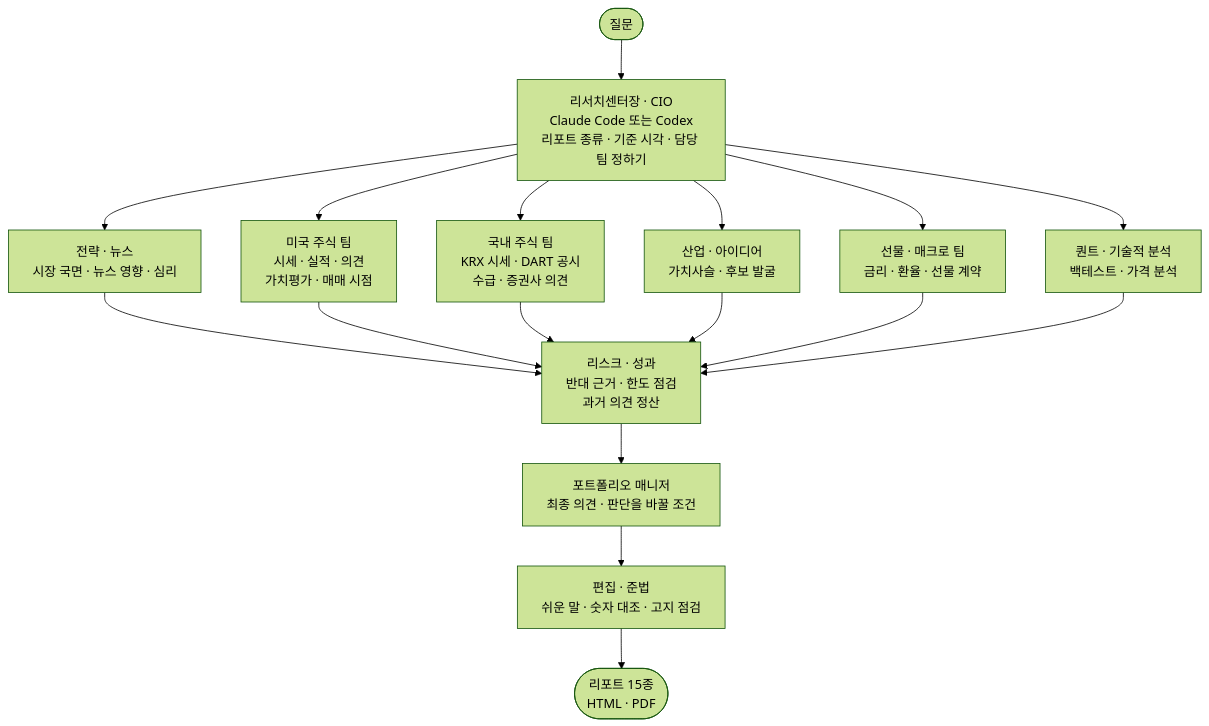
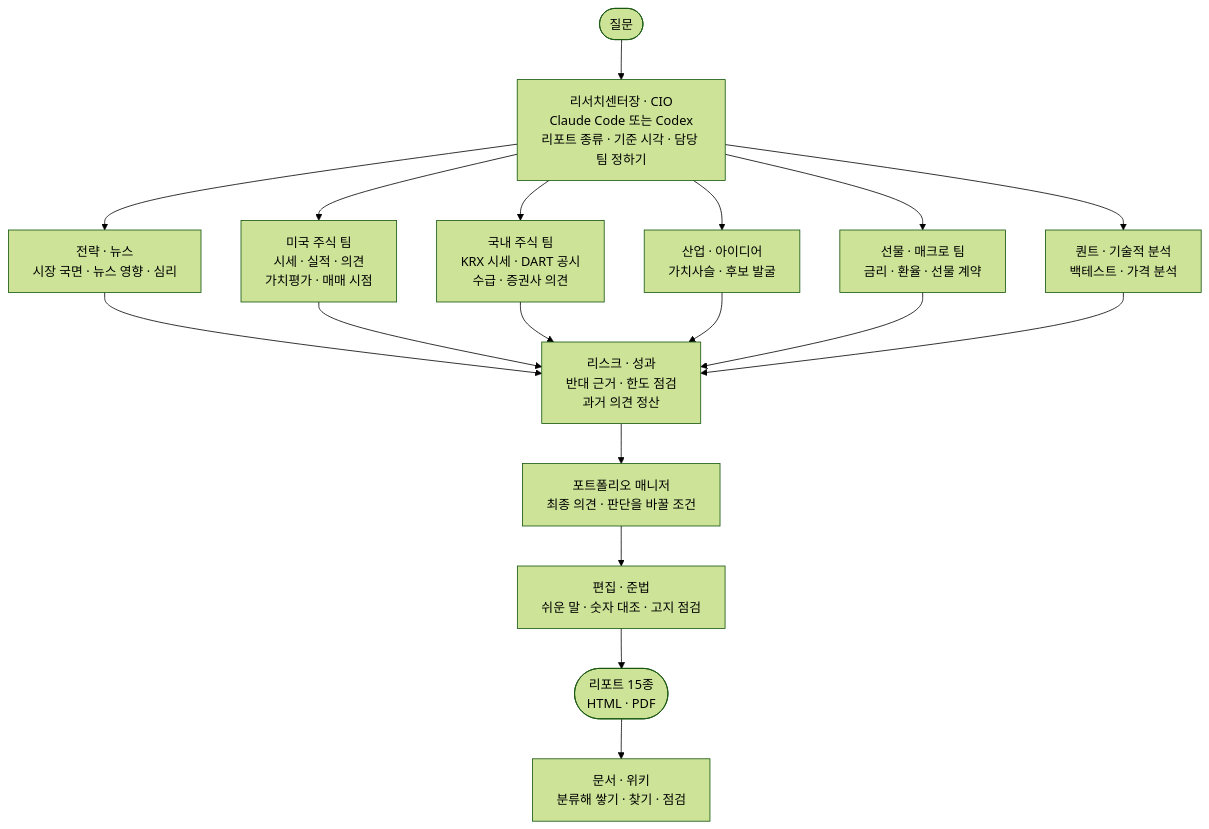
The first of 2 diagrams in README.md (seulee26/stock-team-harness), drawn with Mermaid (forest theme) before and after one commit. The commit also changed other lines of this file and 56 other files, not shown here.

````diff
--- a/README.md
+++ b/README.md
@@ -89,22 +90,23 @@
 ```mermaid
 flowchart TD
     Q(["질문"]) --> CIO["리서치센터장 · CIO<br/>Claude Code 또는 Codex<br/>리포트 종류 · 기준 시각 · 담당 팀 정하기"]
 
     CIO --> ST["전략 · 뉴스<br/>시장 국면 · 뉴스 영향 · 심리"]
     CIO --> US["미국 주식 팀<br/>시세 · 실적 · 의견<br/>가치평가 · 매매 시점"]
     CIO --> KR["국내 주식 팀<br/>KRX 시세 · DART 공시<br/>수급 · 증권사 의견"]
     CIO --> SE["산업 · 아이디어<br/>가치사슬 · 후보 발굴"]
     CIO --> FM["선물 · 매크로 팀<br/>금리 · 환율 · 선물 계약"]
     CIO --> QT["퀀트 · 기술적 분석<br/>백테스트 · 가격 분석"]
 
     ST --> RV["리스크 · 성과<br/>반대 근거 · 한도 점검<br/>과거 의견 정산"]
     US --> RV
     KR --> RV
     SE --> RV
     FM --> RV
     QT --> RV
 
     RV --> PM["포트폴리오 매니저<br/>최종 의견 · 판단을 바꿀 조건"]
     PM --> ED["편집 · 준법<br/>쉬운 말 · 숫자 대조 · 고지 점검"]
     ED --> O(["리포트 15종<br/>HTML · PDF"])
+    O --> WK["문서 · 위키<br/>분류해 쌓기 · 찾기 · 점검"]
 ```
````
